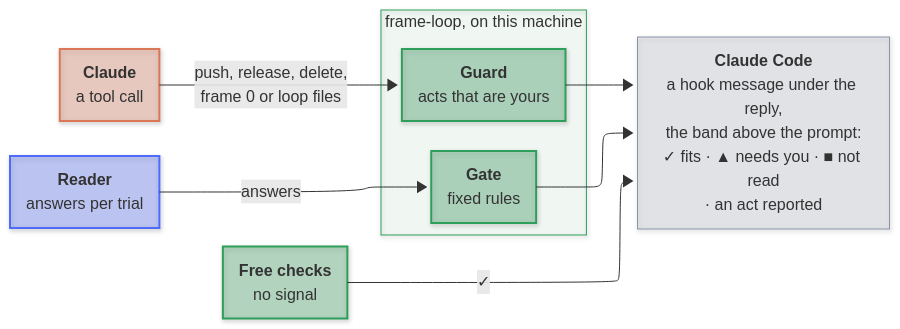
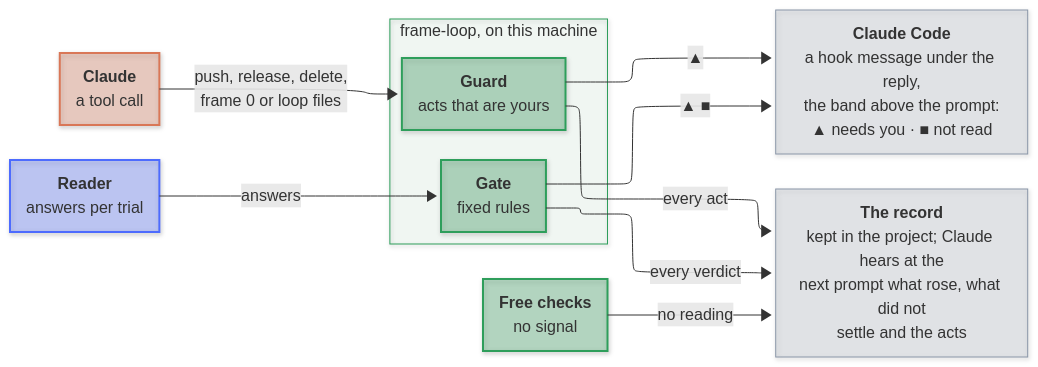
Before and after one commit to mirzahusadzic/claude-frame-loop: the second of 2 diagrams in docs/architecture.md, drawn with Mermaid. The commit also changed other lines of this file and 2 other files, not shown here.

First line of the commit message:
docs: match the README, quickstart and architecture to the code

```diff
--- a/docs/architecture.md
+++ b/docs/architecture.md
@@ -127,7 +127,8 @@
         --ring: #d97757; }
         .label[data-id^="L_PR_"] .labelBkg,
         .label[data-id^="L_FC_"] .labelBkg,
-        .label[data-id^="L_GD_"] .labelBkg {
+        .label[data-id^="L_GD_"] .labelBkg,
+        .label[data-id^="L_GT_"] .labelBkg {
         --ring: #2e9e5b; }
         .label[data-id^="L_PG_RD_"] .labelBkg,
         .label[data-id^="L_RD_"] .labelBkg {
@@ -153,12 +154,15 @@
         GD["<b>Guard</b><br/>acts that are yours"]
         GT["<b>Gate</b><br/>fixed rules"]
     end
-    OUT["<b>Claude Code</b><br/>a hook message under the reply,<br/>the band above the prompt:<br/>✓ fits · ▲ needs you · ■ not read<br/>· an act reported"]
+    OUT["<b>Claude Code</b><br/>a hook message under the reply,<br/>the band above the prompt:<br/>▲ needs you · ■ not read"]
+    REC["<b>The record</b><br/>kept in the project; Claude hears at the<br/>next prompt what rose, what did not<br/>settle and the acts"]
     CL -->|"push, release, delete,<br/>frame 0 or loop files"| GD
     RD -->|"answers"| GT
-    FC -->|"✓"| OUT
-    GT --> OUT
-    GD --> OUT
+    FC -->|"no reading"| REC
+    GT -->|"▲ ■"| OUT
+    GD -->|"▲"| OUT
+    GT -->|"every verdict"| REC
+    GD -->|"every act"| REC
     classDef default fill:#8a96a82e,stroke:#8a96a8,stroke-width:1px
     classDef claude fill:#d977574d,stroke:#d97757,stroke-width:2px
     classDef session fill:#d977570d,stroke:#d97757,stroke-width:1px
```
